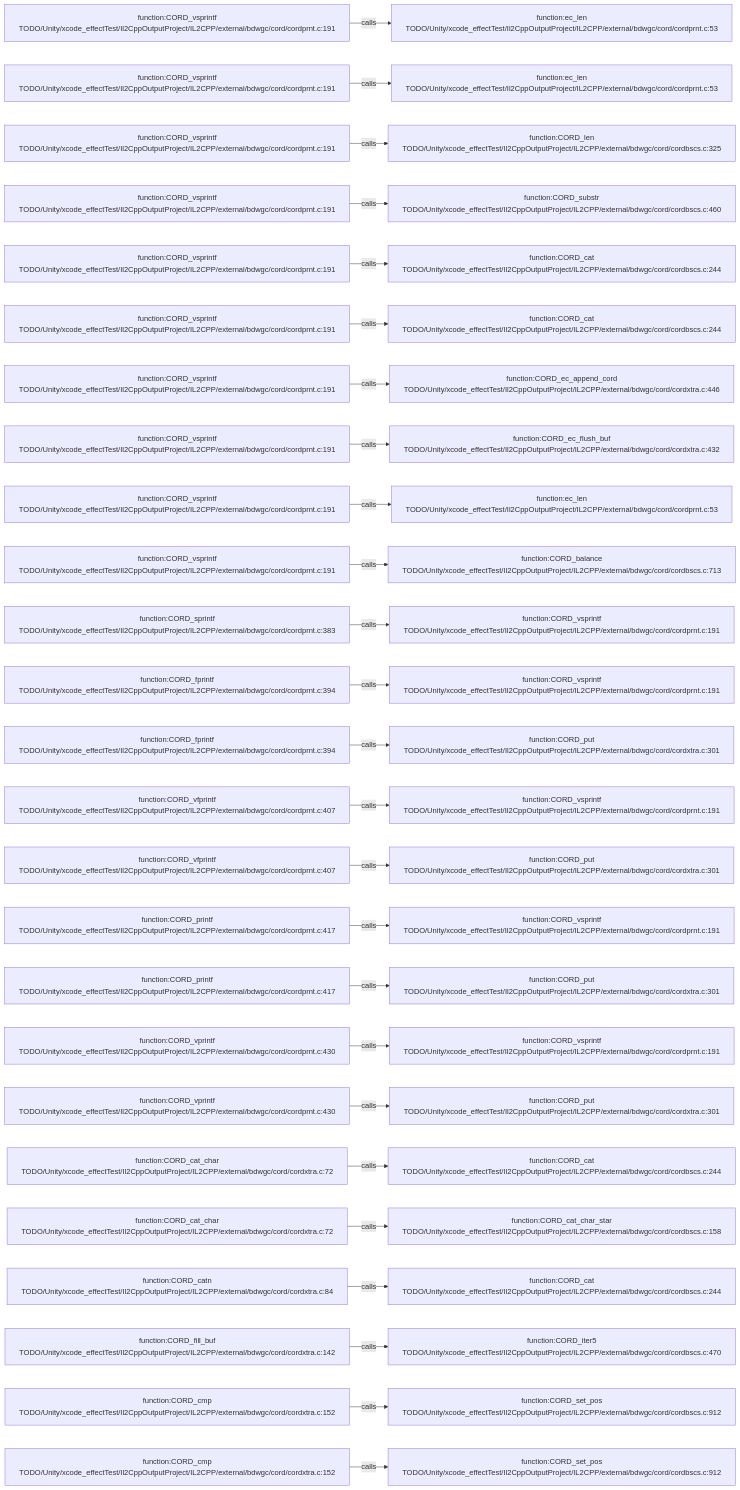
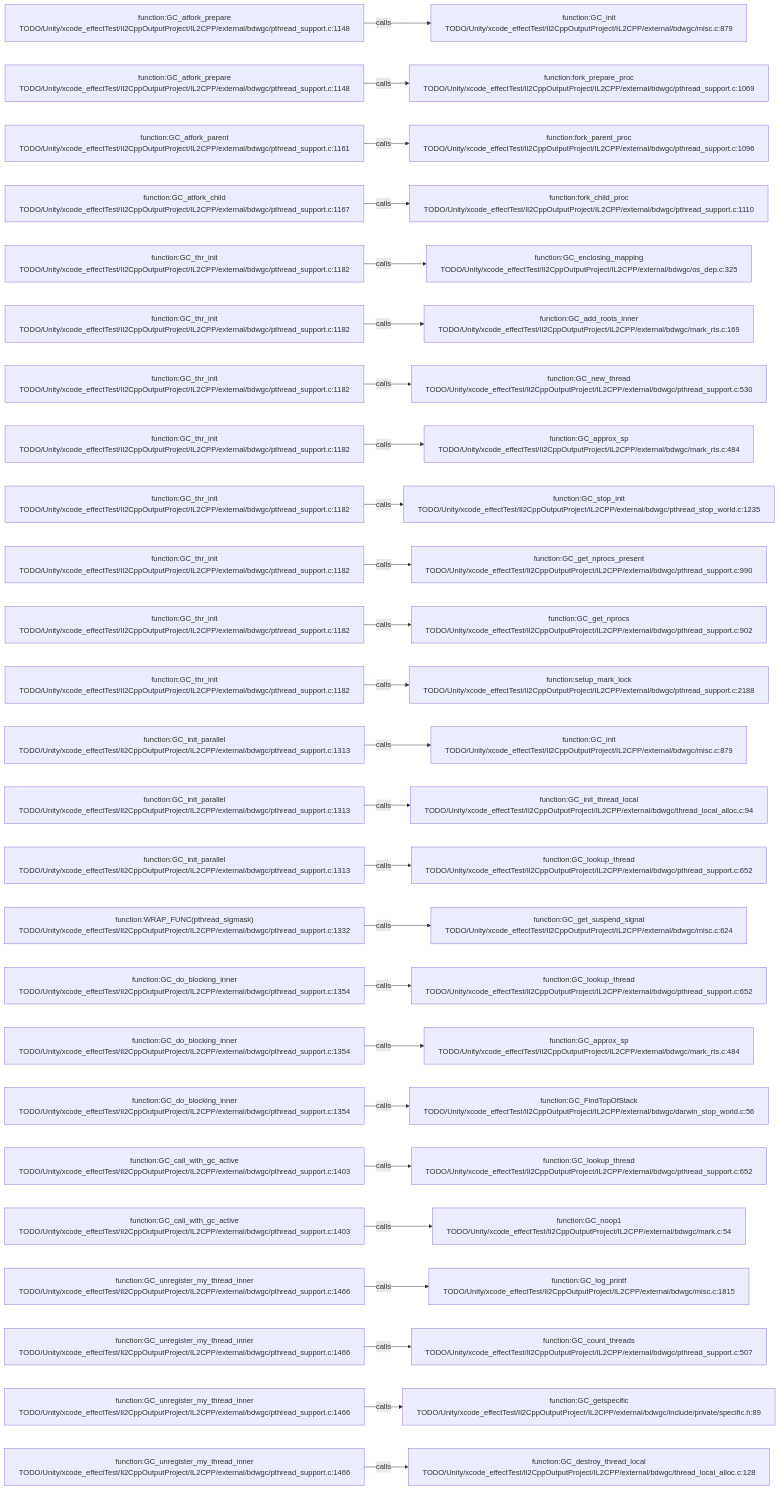
Before and after one commit to JobsKits/JobsSwiftBaseConfigDemo: the diagram in .codegraph/codegraph.md/graphs/calls-153.md, drawn with Mermaid. The commit also changed 227 other files, not shown here.

````diff
--- a/.codegraph/codegraph.md/graphs/calls-153.md
+++ b/.codegraph/codegraph.md/graphs/calls-153.md
@@ -13,78 +13,78 @@
 ```mermaid
 flowchart LR
-  S1["function:CORD_vsprintf<br/>TODO/Unity/xcode_effectTest/Il2CppOutputProject/IL2CPP/external/bdwgc/cord/cordprnt.c:191"]
-  T1["function:ec_len<br/>TODO/Unity/xcode_effectTest/Il2CppOutputProject/IL2CPP/external/bdwgc/cord/cordprnt.c:53"]
+  S1["function:GC_atfork_prepare<br/>TODO/Unity/xcode_effectTest/Il2CppOutputProject/IL2CPP/external/bdwgc/pthread_support.c:1148"]
+  T1["function:GC_init<br/>TODO/Unity/xcode_effectTest/Il2CppOutputProject/IL2CPP/external/bdwgc/misc.c:879"]
   S1 -->|calls| T1
-  S2["function:CORD_vsprintf<br/>TODO/Unity/xcode_effectTest/Il2CppOutputProject/IL2CPP/external/bdwgc/cord/cordprnt.c:191"]
-  T2["function:ec_len<br/>TODO/Unity/xcode_effectTest/Il2CppOutputProject/IL2CPP/external/bdwgc/cord/cordprnt.c:53"]
+  S2["function:GC_atfork_prepare<br/>TODO/Unity/xcode_effectTest/Il2CppOutputProject/IL2CPP/external/bdwgc/pthread_support.c:1148"]
+  T2["function:fork_prepare_proc<br/>TODO/Unity/xcode_effectTest/Il2CppOutputProject/IL2CPP/external/bdwgc/pthread_support.c:1069"]
   S2 -->|calls| T2
-  S3["function:CORD_vsprintf<br/>TODO/Unity/xcode_effectTest/Il2CppOutputProject/IL2CPP/external/bdwgc/cord/cordprnt.c:191"]
-  T3["function:CORD_len<br/>TODO/Unity/xcode_effectTest/Il2CppOutputProject/IL2CPP/external/bdwgc/cord/cordbscs.c:325"]
+  S3["function:GC_atfork_parent<br/>TODO/Unity/xcode_effectTest/Il2CppOutputProject/IL2CPP/external/bdwgc/pthread_support.c:1161"]
+  T3["function:fork_parent_proc<br/>TODO/Unity/xcode_effectTest/Il2CppOutputProject/IL2CPP/external/bdwgc/pthread_support.c:1096"]
   S3 -->|calls| T3
-  S4["function:CORD_vsprintf<br/>TODO/Unity/xcode_effectTest/Il2CppOutputProject/IL2CPP/external/bdwgc/cord/cordprnt.c:191"]
-  T4["function:CORD_substr<br/>TODO/Unity/xcode_effectTest/Il2CppOutputProject/IL2CPP/external/bdwgc/cord/cordbscs.c:460"]
+  S4["function:GC_atfork_child<br/>TODO/Unity/xcode_effectTest/Il2CppOutputProject/IL2CPP/external/bdwgc/pthread_support.c:1167"]
+  T4["function:fork_child_proc<br/>TODO/Unity/xcode_effectTest/Il2CppOutputProject/IL2CPP/external/bdwgc/pthread_support.c:1110"]
   S4 -->|calls| T4
-  S5["function:CORD_vsprintf<br/>TODO/Unity/xcode_effectTest/Il2CppOutputProject/IL2CPP/external/bdwgc/cord/cordprnt.c:191"]
-  T5["function:CORD_cat<br/>TODO/Unity/xcode_effectTest/Il2CppOutputProject/IL2CPP/external/bdwgc/cord/cordbscs.c:244"]
+  S5["function:GC_thr_init<br/>TODO/Unity/xcode_effectTest/Il2CppOutputProject/IL2CPP/external/bdwgc/pthread_support.c:1182"]
+  T5["function:GC_enclosing_mapping<br/>TODO/Unity/xcode_effectTest/Il2CppOutputProject/IL2CPP/external/bdwgc/os_dep.c:325"]
   S5 -->|calls| T5
-  S6["function:CORD_vsprintf<br/>TODO/Unity/xcode_effectTest/Il2CppOutputProject/IL2CPP/external/bdwgc/cord/cordprnt.c:191"]
-  T6["function:CORD_cat<br/>TODO/Unity/xcode_effectTest/Il2CppOutputProject/IL2CPP/external/bdwgc/cord/cordbscs.c:244"]
+  S6["function:GC_thr_init<br/>TODO/Unity/xcode_effectTest/Il2CppOutputProject/IL2CPP/external/bdwgc/pthread_support.c:1182"]
+  T6["function:GC_add_roots_inner<br/>TODO/Unity/xcode_effectTest/Il2CppOutputProject/IL2CPP/external/bdwgc/mark_rts.c:169"]
   S6 -->|calls| T6
-  S7["function:CORD_vsprintf<br/>TODO/Unity/xcode_effectTest/Il2CppOutputProject/IL2CPP/external/bdwgc/cord/cordprnt.c:191"]
-  T7["function:CORD_ec_append_cord<br/>TODO/Unity/xcode_effectTest/Il2CppOutputProject/IL2CPP/external/bdwgc/cord/cordxtra.c:446"]
+  S7["function:GC_thr_init<br/>TODO/Unity/xcode_effectTest/Il2CppOutputProject/IL2CPP/external/bdwgc/pthread_support.c:1182"]
+  T7["function:GC_new_thread<br/>TODO/Unity/xcode_effectTest/Il2CppOutputProject/IL2CPP/external/bdwgc/pthread_support.c:530"]
   S7 -->|calls| T7
-  S8["function:CORD_vsprintf<br/>TODO/Unity/xcode_effectTest/Il2CppOutputProject/IL2CPP/external/bdwgc/cord/cordprnt.c:191"]
-  T8["function:CORD_ec_flush_buf<br/>TODO/Unity/xcode_effectTest/Il2CppOutputProject/IL2CPP/external/bdwgc/cord/cordxtra.c:432"]
+  S8["function:GC_thr_init<br/>TODO/Unity/xcode_effectTest/Il2CppOutputProject/IL2CPP/external/bdwgc/pthread_support.c:1182"]
+  T8["function:GC_approx_sp<br/>TODO/Unity/xcode_effectTest/Il2CppOutputProject/IL2CPP/external/bdwgc/mark_rts.c:484"]
   S8 -->|calls| T8
-  S9["function:CORD_vsprintf<br/>TODO/Unity/xcode_effectTest/Il2CppOutputProject/IL2CPP/external/bdwgc/cord/cordprnt.c:191"]
-  T9["function:ec_len<br/>TODO/Unity/xcode_effectTest/Il2CppOutputProject/IL2CPP/external/bdwgc/cord/cordprnt.c:53"]
+  S9["function:GC_thr_init<br/>TODO/Unity/xcode_effectTest/Il2CppOutputProject/IL2CPP/external/bdwgc/pthread_support.c:1182"]
+  T9["function:GC_stop_init<br/>TODO/Unity/xcode_effectTest/Il2CppOutputProject/IL2CPP/external/bdwgc/pthread_stop_world.c:1235"]
   S9 -->|calls| T9
-  S10["function:CORD_vsprintf<br/>TODO/Unity/xcode_effectTest/Il2CppOutputProject/IL2CPP/external/bdwgc/cord/cordprnt.c:191"]
-  T10["function:CORD_balance<br/>TODO/Unity/xcode_effectTest/Il2CppOutputProject/IL2CPP/external/bdwgc/cord/cordbscs.c:713"]
+  S10["function:GC_thr_init<br/>TODO/Unity/xcode_effectTest/Il2CppOutputProject/IL2CPP/external/bdwgc/pthread_support.c:1182"]
+  T10["function:GC_get_nprocs_present<br/>TODO/Unity/xcode_effectTest/Il2CppOutputProject/IL2CPP/external/bdwgc/pthread_support.c:990"]
   S10 -->|calls| T10
-  S11["function:CORD_sprintf<br/>TODO/Unity/xcode_effectTest/Il2CppOutputProject/IL2CPP/external/bdwgc/cord/cordprnt.c:383"]
-  T11["function:CORD_vsprintf<br/>TODO/Unity/xcode_effectTest/Il2CppOutputProject/IL2CPP/external/bdwgc/cord/cordprnt.c:191"]
+  S11["function:GC_thr_init<br/>TODO/Unity/xcode_effectTest/Il2CppOutputProject/IL2CPP/external/bdwgc/pthread_support.c:1182"]
+  T11["function:GC_get_nprocs<br/>TODO/Unity/xcode_effectTest/Il2CppOutputProject/IL2CPP/external/bdwgc/pthread_support.c:902"]
   S11 -->|calls| T11
-  S12["function:CORD_fprintf<br/>TODO/Unity/xcode_effectTest/Il2CppOutputProject/IL2CPP/external/bdwgc/cord/cordprnt.c:394"]
-  T12["function:CORD_vsprintf<br/>TODO/Unity/xcode_effectTest/Il2CppOutputProject/IL2CPP/external/bdwgc/cord/cordprnt.c:191"]
+  S12["function:GC_thr_init<br/>TODO/Unity/xcode_effectTest/Il2CppOutputProject/IL2CPP/external/bdwgc/pthread_support.c:1182"]
+  T12["function:setup_mark_lock<br/>TODO/Unity/xcode_effectTest/Il2CppOutputProject/IL2CPP/external/bdwgc/pthread_support.c:2188"]
   S12 -->|calls| T12
-  S13["function:CORD_fprintf<br/>TODO/Unity/xcode_effectTest/Il2CppOutputProject/IL2CPP/external/bdwgc/cord/cordprnt.c:394"]
-  T13["function:CORD_put<br/>TODO/Unity/xcode_effectTest/Il2CppOutputProject/IL2CPP/external/bdwgc/cord/cordxtra.c:301"]
+  S13["function:GC_init_parallel<br/>TODO/Unity/xcode_effectTest/Il2CppOutputProject/IL2CPP/external/bdwgc/pthread_support.c:1313"]
+  T13["function:GC_init<br/>TODO/Unity/xcode_effectTest/Il2CppOutputProject/IL2CPP/external/bdwgc/misc.c:879"]
   S13 -->|calls| T13
-  S14["function:CORD_vfprintf<br/>TODO/Unity/xcode_effectTest/Il2CppOutputProject/IL2CPP/external/bdwgc/cord/cordprnt.c:407"]
-  T14["function:CORD_vsprintf<br/>TODO/Unity/xcode_effectTest/Il2CppOutputProject/IL2CPP/external/bdwgc/cord/cordprnt.c:191"]
+  S14["function:GC_init_parallel<br/>TODO/Unity/xcode_effectTest/Il2CppOutputProject/IL2CPP/external/bdwgc/pthread_support.c:1313"]
+  T14["function:GC_init_thread_local<br/>TODO/Unity/xcode_effectTest/Il2CppOutputProject/IL2CPP/external/bdwgc/thread_local_alloc.c:94"]
   S14 -->|calls| T14
-  S15["function:CORD_vfprintf<br/>TODO/Unity/xcode_effectTest/Il2CppOutputProject/IL2CPP/external/bdwgc/cord/cordprnt.c:407"]
-  T15["function:CORD_put<br/>TODO/Unity/xcode_effectTest/Il2CppOutputProject/IL2CPP/external/bdwgc/cord/cordxtra.c:301"]
+  S15["function:GC_init_parallel<br/>TODO/Unity/xcode_effectTest/Il2CppOutputProject/IL2CPP/external/bdwgc/pthread_support.c:1313"]
+  T15["function:GC_lookup_thread<br/>TODO/Unity/xcode_effectTest/Il2CppOutputProject/IL2CPP/external/bdwgc/pthread_support.c:652"]
   S15 -->|calls| T15
-  S16["function:CORD_printf<br/>TODO/Unity/xcode_effectTest/Il2CppOutputProject/IL2CPP/external/bdwgc/cord/cordprnt.c:417"]
-  T16["function:CORD_vsprintf<br/>TODO/Unity/xcode_effectTest/Il2CppOutputProject/IL2CPP/external/bdwgc/cord/cordprnt.c:191"]
+  S16["function:WRAP_FUNC(pthread_sigmask)<br/>TODO/Unity/xcode_effectTest/Il2CppOutputProject/IL2CPP/external/bdwgc/pthread_support.c:1332"]
+  T16["function:GC_get_suspend_signal<br/>TODO/Unity/xcode_effectTest/Il2CppOutputProject/IL2CPP/external/bdwgc/misc.c:624"]
   S16 -->|calls| T16
-  S17["function:CORD_printf<br/>TODO/Unity/xcode_effectTest/Il2CppOutputProject/IL2CPP/external/bdwgc/cord/cordprnt.c:417"]
-  T17["function:CORD_put<br/>TODO/Unity/xcode_effectTest/Il2CppOutputProject/IL2CPP/external/bdwgc/cord/cordxtra.c:301"]
+  S17["function:GC_do_blocking_inner<br/>TODO/Unity/xcode_effectTest/Il2CppOutputProject/IL2CPP/external/bdwgc/pthread_support.c:1354"]
+  T17["function:GC_lookup_thread<br/>TODO/Unity/xcode_effectTest/Il2CppOutputProject/IL2CPP/external/bdwgc/pthread_support.c:652"]
   S17 -->|calls| T17
-  S18["function:CORD_vprintf<br/>TODO/Unity/xcode_effectTest/Il2CppOutputProject/IL2CPP/external/bdwgc/cord/cordprnt.c:430"]
-  T18["function:CORD_vsprintf<br/>TODO/Unity/xcode_effectTest/Il2CppOutputProject/IL2CPP/external/bdwgc/cord/cordprnt.c:191"]
+  S18["function:GC_do_blocking_inner<br/>TODO/Unity/xcode_effectTest/Il2CppOutputProject/IL2CPP/external/bdwgc/pthread_support.c:1354"]
+  T18["function:GC_approx_sp<br/>TODO/Unity/xcode_effectTest/Il2CppOutputProject/IL2CPP/external/bdwgc/mark_rts.c:484"]
   S18 -->|calls| T18
-  S19["function:CORD_vprintf<br/>TODO/Unity/xcode_effectTest/Il2CppOutputProject/IL2CPP/external/bdwgc/cord/cordprnt.c:430"]
-  T19["function:CORD_put<br/>TODO/Unity/xcode_effectTest/Il2CppOutputProject/IL2CPP/external/bdwgc/cord/cordxtra.c:301"]
+  S19["function:GC_do_blocking_inner<br/>TODO/Unity/xcode_effectTest/Il2CppOutputProject/IL2CPP/external/bdwgc/pthread_support.c:1354"]
+  T19["function:GC_FindTopOfStack<br/>TODO/Unity/xcode_effectTest/Il2CppOutputProject/IL2CPP/external/bdwgc/darwin_stop_world.c:56"]
   S19 -->|calls| T19
-  S20["function:CORD_cat_char<br/>TODO/Unity/xcode_effectTest/Il2CppOutputProject/IL2CPP/external/bdwgc/cord/cordxtra.c:72"]
-  T20["function:CORD_cat<br/>TODO/Unity/xcode_effectTest/Il2CppOutputProject/IL2CPP/external/bdwgc/cord/cordbscs.c:244"]
+  S20["function:GC_call_with_gc_active<br/>TODO/Unity/xcode_effectTest/Il2CppOutputProject/IL2CPP/external/bdwgc/pthread_support.c:1403"]
+  T20["function:GC_lookup_thread<br/>TODO/Unity/xcode_effectTest/Il2CppOutputProject/IL2CPP/external/bdwgc/pthread_support.c:652"]
   S20 -->|calls| T20
-  S21["function:CORD_cat_char<br/>TODO/Unity/xcode_effectTest/Il2CppOutputProject/IL2CPP/external/bdwgc/cord/cordxtra.c:72"]
-  T21["function:CORD_cat_char_star<br/>TODO/Unity/xcode_effectTest/Il2CppOutputProject/IL2CPP/external/bdwgc/cord/cordbscs.c:158"]
+  S21["function:GC_call_with_gc_active<br/>TODO/Unity/xcode_effectTest/Il2CppOutputProject/IL2CPP/external/bdwgc/pthread_support.c:1403"]
+  T21["function:GC_noop1<br/>TODO/Unity/xcode_effectTest/Il2CppOutputProject/IL2CPP/external/bdwgc/mark.c:54"]
   S21 -->|calls| T21
-  S22["function:CORD_catn<br/>TODO/Unity/xcode_effectTest/Il2CppOutputProject/IL2CPP/external/bdwgc/cord/cordxtra.c:84"]
-  T22["function:CORD_cat<br/>TODO/Unity/xcode_effectTest/Il2CppOutputProject/IL2CPP/external/bdwgc/cord/cordbscs.c:244"]
+  S22["function:GC_unregister_my_thread_inner<br/>TODO/Unity/xcode_effectTest/Il2CppOutputProject/IL2CPP/external/bdwgc/pthread_support.c:1466"]
+  T22["function:GC_log_printf<br/>TODO/Unity/xcode_effectTest/Il2CppOutputProject/IL2CPP/external/bdwgc/misc.c:1815"]
   S22 -->|calls| T22
-  S23["function:CORD_fill_buf<br/>TODO/Unity/xcode_effectTest/Il2CppOutputProject/IL2CPP/external/bdwgc/cord/cordxtra.c:142"]
-  T23["function:CORD_iter5<br/>TODO/Unity/xcode_effectTest/Il2CppOutputProject/IL2CPP/external/bdwgc/cord/cordbscs.c:470"]
+  S23["function:GC_unregister_my_thread_inner<br/>TODO/Unity/xcode_effectTest/Il2CppOutputProject/IL2CPP/external/bdwgc/pthread_support.c:1466"]
+  T23["function:GC_count_threads<br/>TODO/Unity/xcode_effectTest/Il2CppOutputProject/IL2CPP/external/bdwgc/pthread_support.c:507"]
   S23 -->|calls| T23
-  S24["function:CORD_cmp<br/>TODO/Unity/xcode_effectTest/Il2CppOutputProject/IL2CPP/external/bdwgc/cord/cordxtra.c:152"]
-  T24["function:CORD_set_pos<br/>TODO/Unity/xcode_effectTest/Il2CppOutputProject/IL2CPP/external/bdwgc/cord/cordbscs.c:912"]
+  S24["function:GC_unregister_my_thread_inner<br/>TODO/Unity/xcode_effectTest/Il2CppOutputProject/IL2CPP/external/bdwgc/pthread_support.c:1466"]
+  T24["function:GC_getspecific<br/>TODO/Unity/xcode_effectTest/Il2CppOutputProject/IL2CPP/external/bdwgc/include/private/specific.h:89"]
   S24 -->|calls| T24
-  S25["function:CORD_cmp<br/>TODO/Unity/xcode_effectTest/Il2CppOutputProject/IL2CPP/external/bdwgc/cord/cordxtra.c:152"]
-  T25["function:CORD_set_pos<br/>TODO/Unity/xcode_effectTest/Il2CppOutputProject/IL2CPP/external/bdwgc/cord/cordbscs.c:912"]
+  S25["function:GC_unregister_my_thread_inner<br/>TODO/Unity/xcode_effectTest/Il2CppOutputProject/IL2CPP/external/bdwgc/pthread_support.c:1466"]
+  T25["function:GC_destroy_thread_local<br/>TODO/Unity/xcode_effectTest/Il2CppOutputProject/IL2CPP/external/bdwgc/thread_local_alloc.c:128"]
   S25 -->|calls| T25
 ```
````
